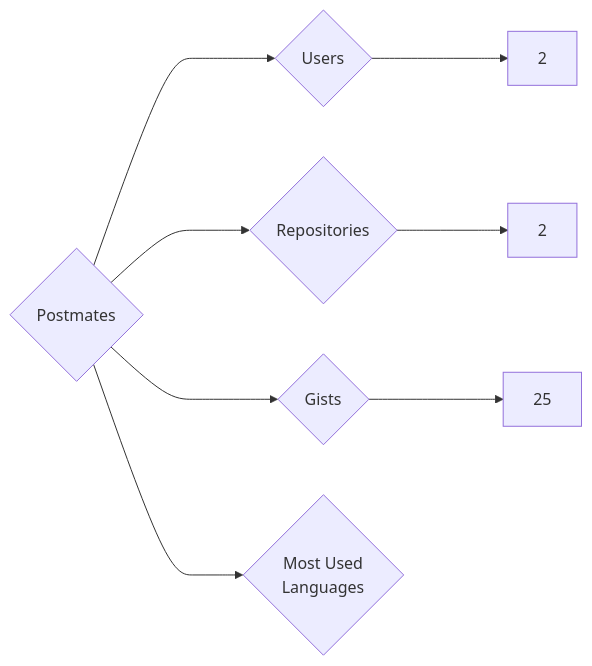
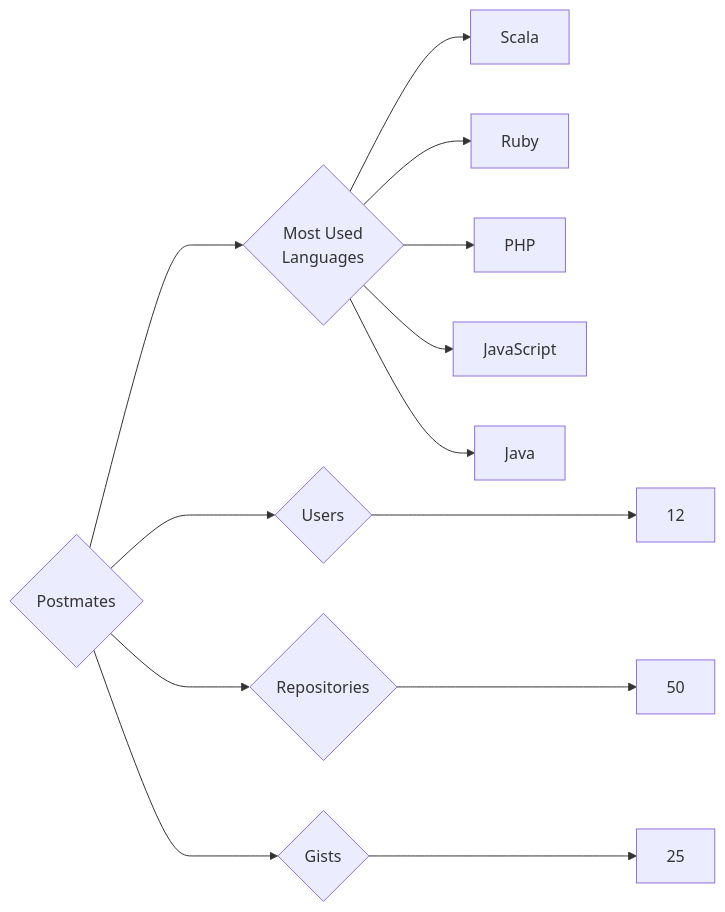
The diagram in targets/Postmates/README.md (trickest/insiders), drawn with Mermaid before and after one commit. The commit also changed 973 other files, not shown here.

````diff
--- a/targets/Postmates/README.md
+++ b/targets/Postmates/README.md
@@ -3,8 +3,13 @@
 ```mermaid
 graph LR
 COMPANY_NAME{Postmates}
-COMPANY_NAME ---> U{Users} ---> UN[2]
-COMPANY_NAME ---> R{Repositories} ---> RN[2]
+COMPANY_NAME ---> U{Users} ---> UN[12]
+COMPANY_NAME ---> R{Repositories} ---> RN[50]
 COMPANY_NAME ---> G{Gists} ---> GN[25]
 COMPANY_NAME ---> ML{Most Used<br>Languages}
+ML --> Scala[Scala]
+ML --> Ruby[Ruby]
+ML --> PHP[PHP]
+ML --> JavaScript[JavaScript]
+ML --> Java[Java]
 ```
````
